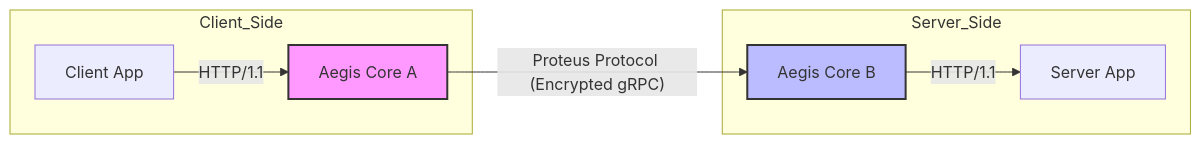
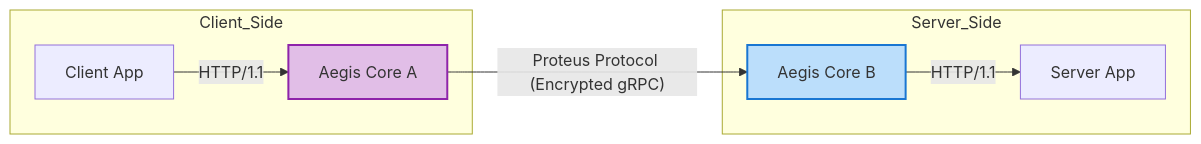
One commit to Lotargo/Aegis-Core changed the diagram in README.md. Above: the diagram before and after it, drawn with Mermaid.

````diff
--- a/README.md
+++ b/README.md
@@ -33,19 +33,20 @@
 ```mermaid
 graph LR
     subgraph Client_Side
         AppA[Client App]
         CoreA[Aegis Core A]
     end
 
     subgraph Server_Side
         CoreB[Aegis Core B]
         AppB[Server App]
     end
 
     AppA -- HTTP/1.1 --> CoreA
-    CoreA -- Proteus Protocol (Encrypted gRPC) --> CoreB
+    CoreA -- "Proteus Protocol (Encrypted gRPC)" --> CoreB
     CoreB -- HTTP/1.1 --> AppB
 
-    style CoreA fill:#f9f,stroke:#333,stroke-width:2px
-    style CoreB fill:#bbf,stroke:#333,stroke-width:2px
+    %% Стили для Core (Светлый фон, Темный текст)
+    style CoreA fill:#E1BEE7,stroke:#8E24AA,stroke-width:2px,color:#333333
+    style CoreB fill:#BBDEFB,stroke:#1976D2,stroke-width:2px,color:#333333
 ```
````
